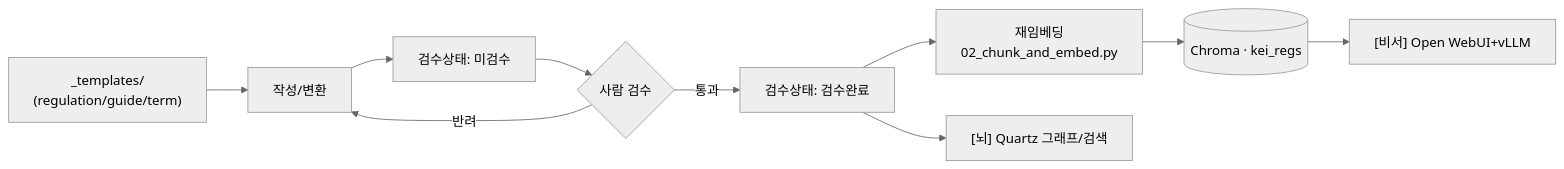
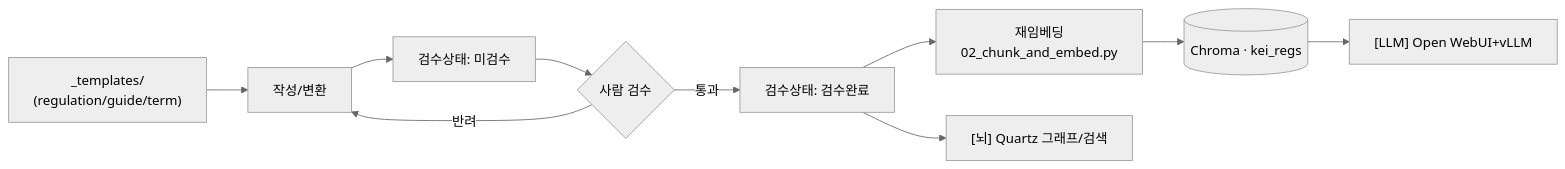
One commit to mooner92/KEIAdminSuperv changed the second of 2 diagrams in docs/09-contributing.md. Above: the diagram before and after it, drawn with Mermaid (neutral theme). The commit also changed other lines of this file and 91 other files, not shown here.

````diff
--- a/docs/09-contributing.md
+++ b/docs/09-contributing.md
@@ -143,12 +143,12 @@
 ```mermaid
 flowchart LR
     T["_templates/<br/>(regulation/guide/term)"] --> W[작성/변환]
     W --> S1["검수상태: 미검수"]
     S1 --> R{사람 검수}
     R -->|반려| W
     R -->|통과| S2["검수상태: 검수완료"]
     S2 --> E["재임베딩<br/>02_chunk_and_embed.py"]
     E --> KB[(Chroma · kei_regs)]
-    KB --> 비서["[비서] Open WebUI+vLLM"]
+    KB --> LLM["[LLM] Open WebUI+vLLM"]
     S2 --> 뇌["[뇌] Quartz 그래프/검색"]
 ```
````
